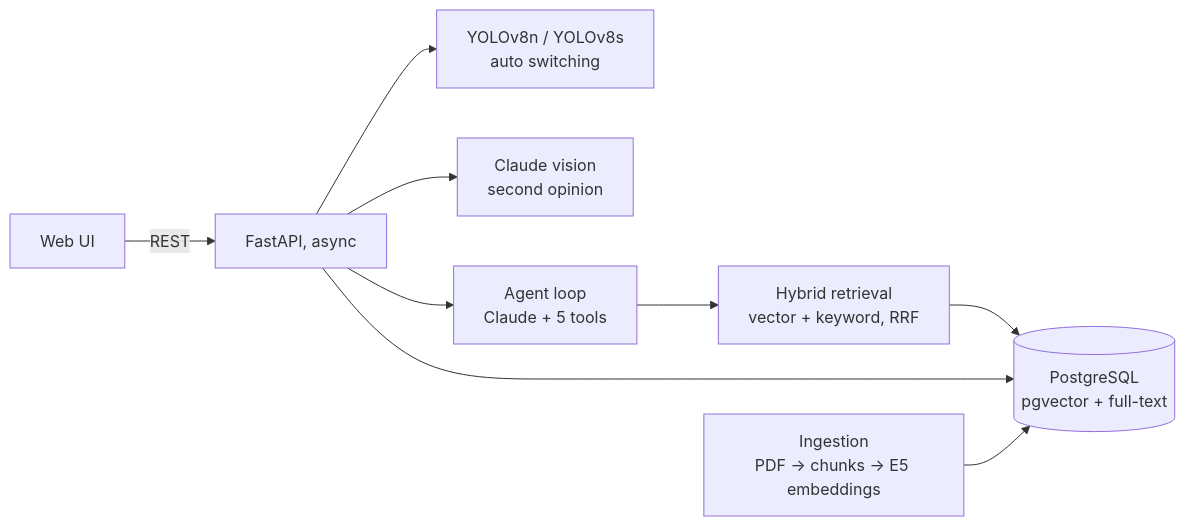
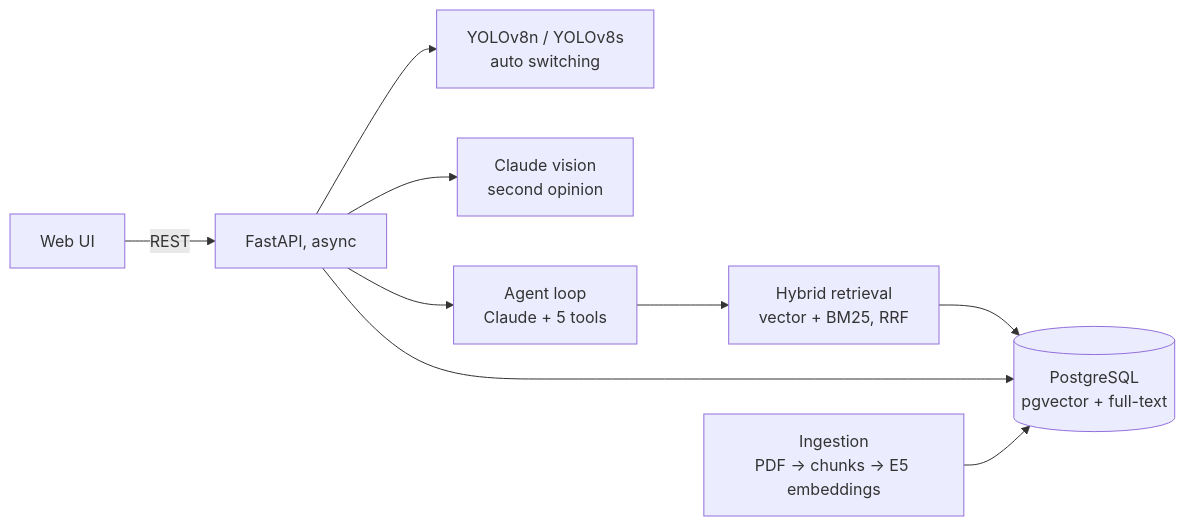
The diagram in README.md (tejachirravuri/insulator-inspection-copilot), drawn with Mermaid before and after one commit. The commit also changed other lines of this file and 8 other files, not shown here.

````diff
--- a/README.md
+++ b/README.md
@@ -44,11 +44,11 @@
 ```mermaid
 flowchart LR
   UI[Web UI] -->|REST| API[FastAPI, async]
   API --> DET[YOLOv8n / YOLOv8s<br/>auto switching]
   API --> VIS[Claude vision<br/>second opinion]
   API --> AG[Agent loop<br/>Claude + 5 tools]
-  AG --> RET[Hybrid retrieval<br/>vector + keyword, RRF]
+  AG --> RET[Hybrid retrieval<br/>vector + BM25, RRF]
   RET --> PG[(PostgreSQL<br/>pgvector + full-text)]
   API --> PG
   ING[Ingestion<br/>PDF → chunks → E5 embeddings] --> PG
 ```
````
